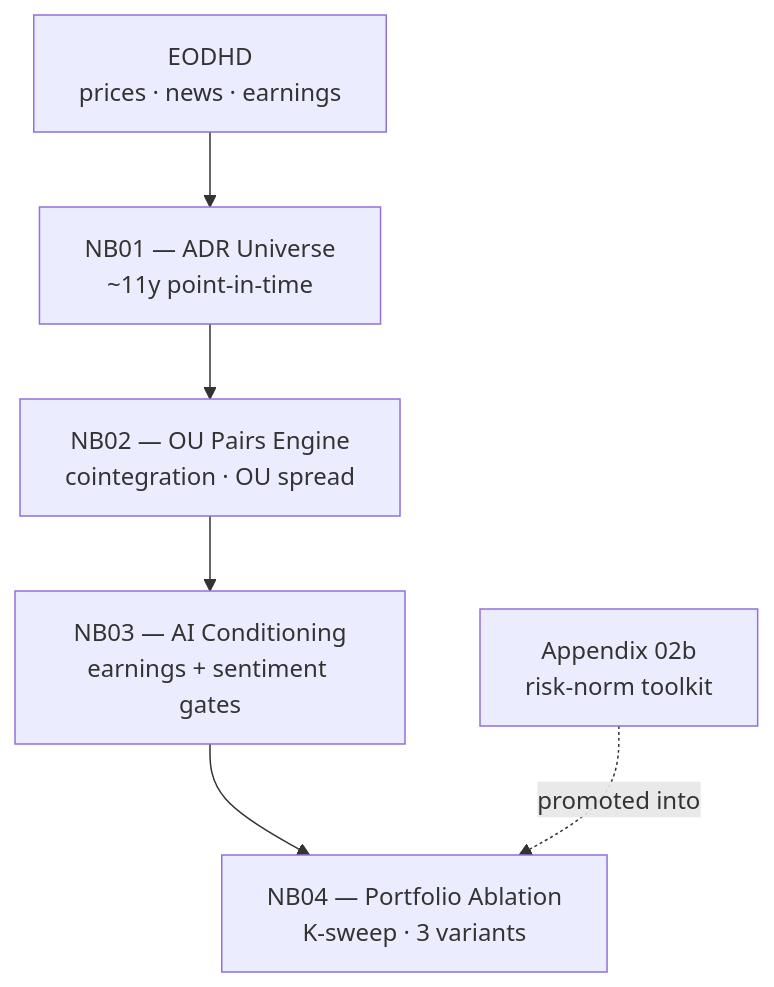
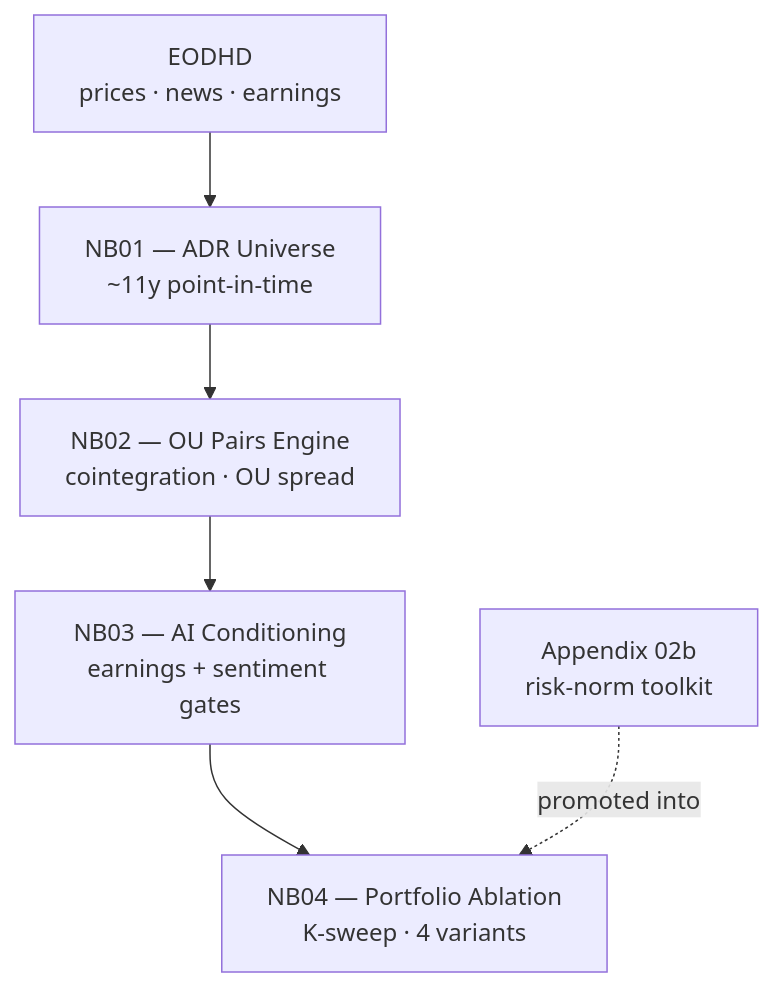
Before and after one commit to FranQuant/ai-pairs-trading: the diagram in README.md, drawn with Mermaid. The commit also changed other lines of this file and 3 other files, not shown here.

Commit message:
v1.1: cointegration-only baseline — OU contribution test, 4-variant ablation, equity chart

````diff
--- a/README.md
+++ b/README.md
@@ -11,9 +11,9 @@
 ```mermaid
 flowchart TD
     DATA["EODHD<br/>prices · news · earnings"] --> NB01
     NB01["NB01 — ADR Universe<br/>~11y point-in-time"] --> NB02
     NB02["NB02 — OU Pairs Engine<br/>cointegration · OU spread"] --> NB03
     NB03["NB03 — AI Conditioning<br/>earnings + sentiment gates"] --> NB04
-    NB04["NB04 — Portfolio Ablation<br/>K-sweep · 3 variants"]
+    NB04["NB04 — Portfolio Ablation<br/>K-sweep · 4 variants"]
     APP["Appendix 02b<br/>risk-norm toolkit"] -.->|promoted into| NB04
 ```
````
